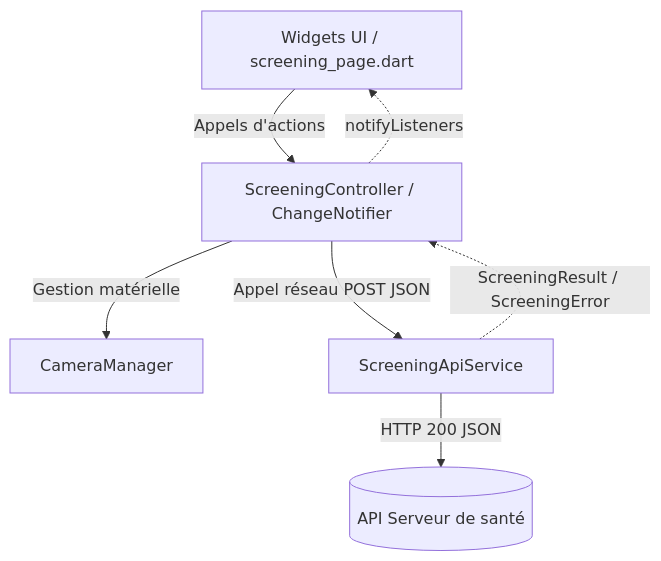
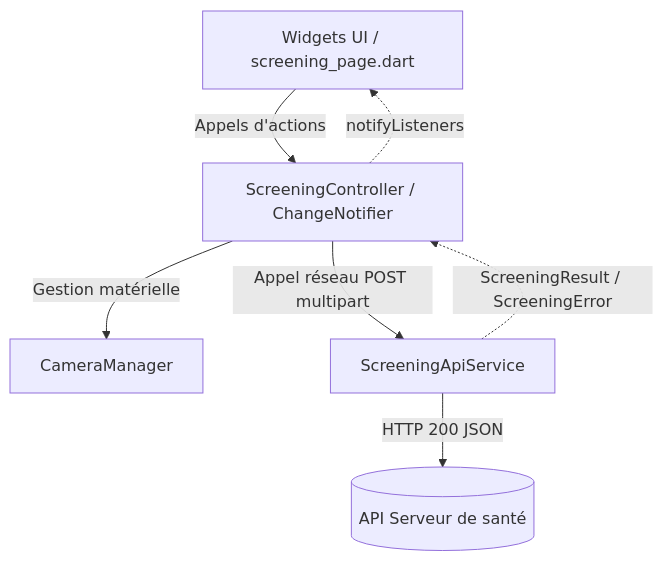
One commit to TresorAlad/Retinopathie changed the first of 3 diagrams in depiste_retino/docs/ARCHITECTURE.md. Above: the diagram before and after it, drawn with Mermaid. The commit also changed other lines of this file and 30 other files, not shown here.

````diff
--- a/depiste_retino/docs/ARCHITECTURE.md
+++ b/depiste_retino/docs/ARCHITECTURE.md
@@ -15,9 +15,9 @@
 ```mermaid
 graph TD
     UI[Widgets UI / screening_page.dart] -->|Appels d'actions| Logic[ScreeningController / ChangeNotifier]
     Logic -->|Gestion matérielle| Cam[CameraManager]
-    Logic -->|Appel réseau POST JSON| Data[ScreeningApiService]
+    Logic -->|Appel réseau POST multipart| Data[ScreeningApiService]
     Data -->|HTTP 200 JSON| API[(API Serveur de santé)]
     Data -.->|ScreeningResult / ScreeningError| Logic
     Logic -.->|notifyListeners| UI
 ```
````
